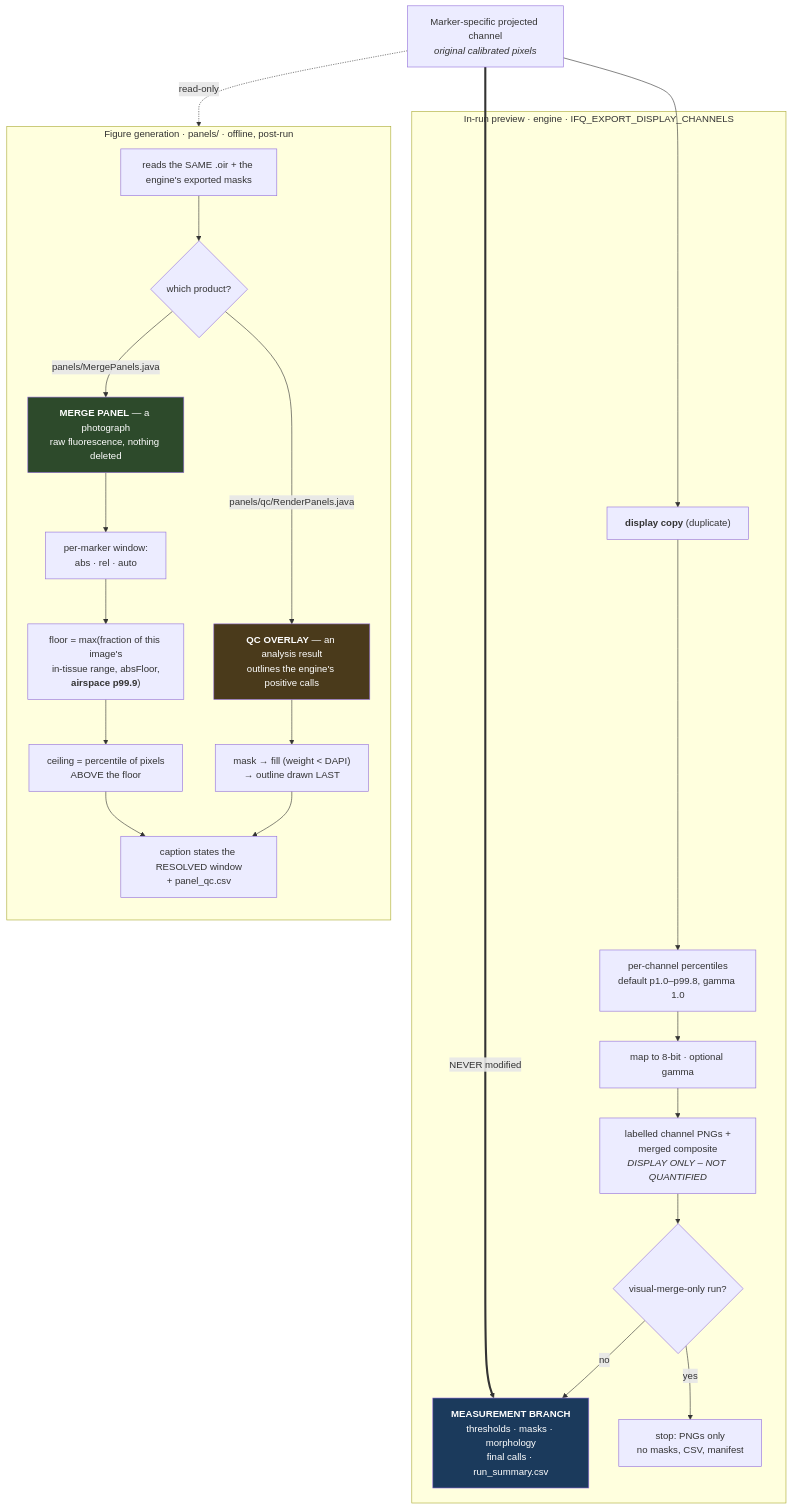
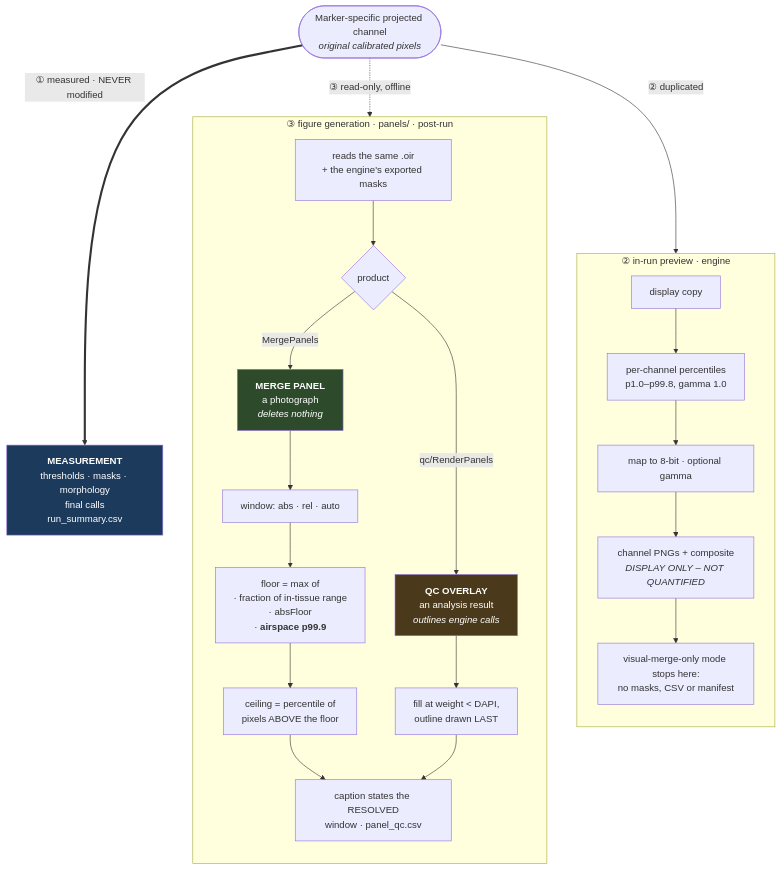
Before and after one commit to xorca0711/IFQuant-Lung: the eighth of 8 diagrams in WORKFLOW.md, drawn with Mermaid. The commit also changed other lines of this file, not shown here.

````diff
--- a/WORKFLOW.md
+++ b/WORKFLOW.md
@@ -325,37 +386,35 @@
 ```mermaid
-flowchart TD
-    A["Marker-specific projected channel<br/><i>original calibrated pixels</i>"]
+flowchart TB
+    A(["Marker-specific projected channel<br/><i>original calibrated pixels</i>"])
 
-    A ==>|"NEVER modified"| M["<b>MEASUREMENT BRANCH</b><br/>thresholds · masks · morphology<br/>final calls · run_summary.csv"]
+    A ==>|"① measured · NEVER modified"| M
+    A -->|"② duplicated"| D1
+    A -.->|"③ read-only, offline"| P0
 
-    A --> D1["<b>display copy</b> (duplicate)"]
+    M["<b>MEASUREMENT</b><br/>thresholds · masks · morphology<br/>final calls<br/>run_summary.csv"]
 
-    subgraph ENG["In-run preview · engine · IFQ_EXPORT_DISPLAY_CHANNELS"]
-        D1 --> E1["per-channel percentiles<br/>default p1.0–p99.8, gamma 1.0"]
+    subgraph ENG["② in-run preview · engine"]
+        direction TB
+        D1["display copy"] --> E1["per-channel percentiles<br/>p1.0–p99.8, gamma 1.0"]
         E1 --> E2["map to 8-bit · optional gamma"]
-        E2 --> E3["labelled channel PNGs +<br/>merged composite<br/><i>DISPLAY ONLY – NOT QUANTIFIED</i>"]
-        E3 --> E4{"visual-merge-only run?"}
-        E4 -->|yes| E5["stop: PNGs only<br/>no masks, CSV, manifest"]
-        E4 -->|no| M
+        E2 --> E3["channel PNGs + composite<br/><i>DISPLAY ONLY – NOT QUANTIFIED</i>"]
+        E3 --> E4["visual-merge-only mode stops here:<br/>no masks, CSV or manifest"]
     end
 
-    subgraph PAN["Figure generation · panels/ · offline, post-run"]
+    subgraph PAN["③ figure generation · panels/ · post-run"]
         direction TB
-        P0["reads the SAME .oir + the engine's exported masks"]
-        P0 --> P1{"which product?"}
-        P1 -->|"panels/MergePanels.java"| MP["<b>MERGE PANEL</b> — a photograph<br/>raw fluorescence, nothing deleted"]
-        P1 -->|"panels/qc/RenderPanels.java"| QC["<b>QC OVERLAY</b> — an analysis result<br/>outlines the engine's positive calls"]
-        MP --> W1["per-marker window:<br/>abs · rel · auto"]
-        W1 --> W2["floor = max(fraction of this image's<br/>in-tissue range, absFloor,<br/><b>airspace p99.9</b>)"]
-        W2 --> W3["ceiling = percentile of pixels<br/>ABOVE the floor"]
-        W3 --> W4["caption states the RESOLVED window<br/>+ panel_qc.csv"]
-        QC --> Q1["mask → fill (weight &lt; DAPI)<br/>→ outline drawn LAST"]
+        P0["reads the same .oir<br/>+ the engine's exported masks"] --> P1{"product"}
+        P1 -->|MergePanels| MP["<b>MERGE PANEL</b><br/>a photograph<br/><i>deletes nothing</i>"]
+        P1 -->|qc/RenderPanels| QC["<b>QC OVERLAY</b><br/>an analysis result<br/><i>outlines engine calls</i>"]
+        MP --> W1["window: abs · rel · auto"]
+        W1 --> W2["floor = max of<br/>· fraction of in-tissue range<br/>· absFloor<br/>· <b>airspace p99.9</b>"]
+        W2 --> W3["ceiling = percentile of<br/>pixels ABOVE the floor"]
+        QC --> Q1["fill at weight &lt; DAPI,<br/>outline drawn LAST"]
+        W3 --> W4["caption states the RESOLVED<br/>window · panel_qc.csv"]
         Q1 --> W4
     end
-
-    A -.->|"read-only"| P0
 
     style M fill:#1b3a5c,color:#fff
     style MP fill:#2d4a2b,color:#fff
     style QC fill:#4a3a1b,color:#fff
 ```
````
